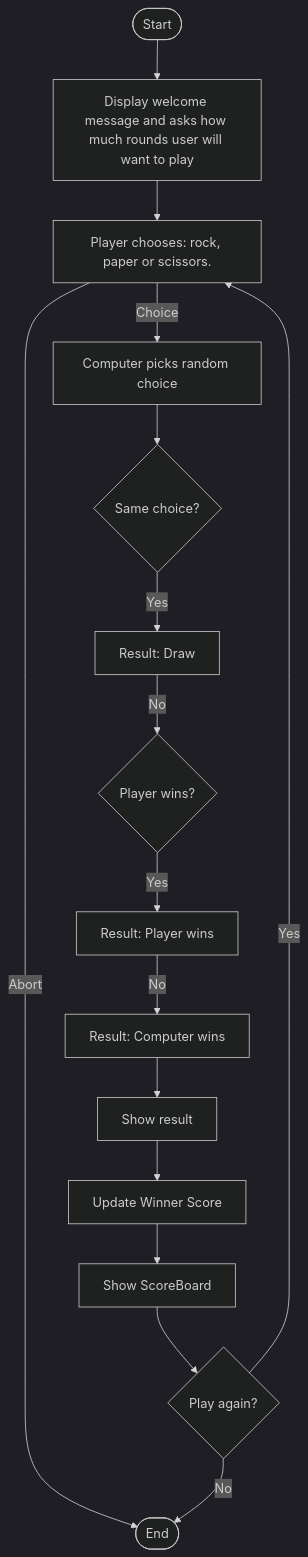
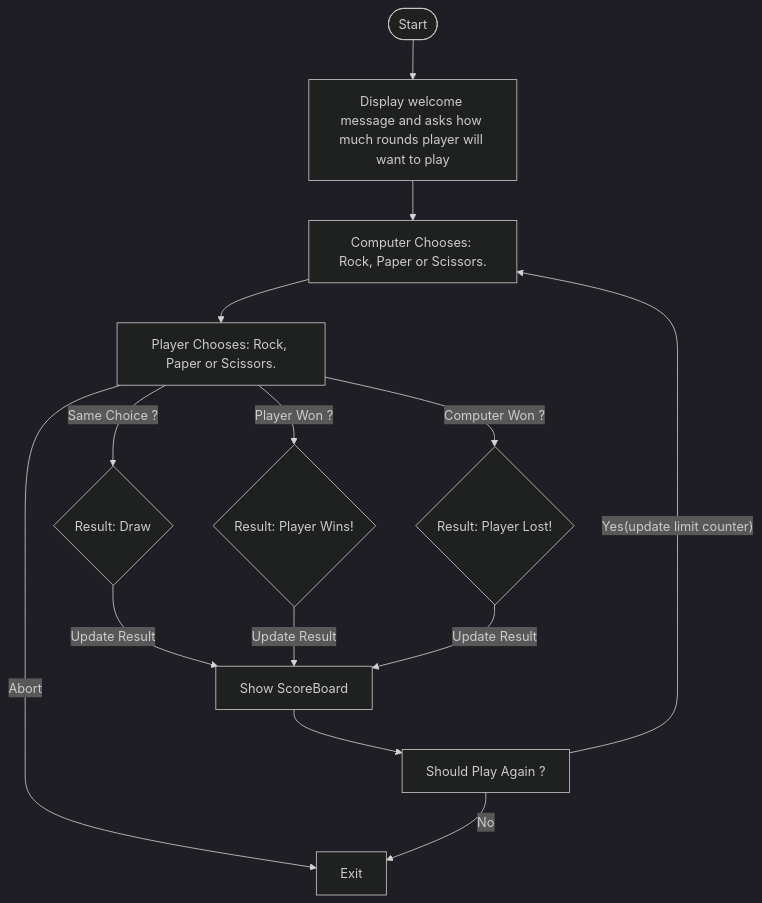
Before and after one commit to NaderHauache/RockPaperScissor: the diagram in README.md, drawn with Mermaid (dark theme). The commit also changed other lines of this file, not shown here.

Commit message:
Fixing Logical Diagram
Diagram was presenting a wrong exection logic of Rock-Paper-Scissor.
Diagram was not considering the paralelism of decision.
Representation fixed !

````diff
--- a/README.md
+++ b/README.md
@@ -50,18 +50,16 @@
 ```mermaid
 flowchart TD
-    A([Start]) --> B[Display welcome message and asks how much rounds user will want to play]
-    B --> C[Player chooses: rock, paper or scissors.]
-    C -- Choice --> D[Computer picks random choice]
-    C -- Abort --> N
-    D --> E{Same choice?}
-    E -- Yes --> F[Result: Draw]
-    F -- No --> G{Player wins?}
-    G -- Yes --> H[Result: Player wins]
-    H -- No --> I[Result: Computer wins]
-    I --> J[Show result]
-    J --> K[Update Winner Score]
-    K --> L[Show ScoreBoard]
-    L --> M{Play again?}
-    M -- Yes --> C
-    M -- No --> N([End])
+    A([Start]) --> B[Display welcome message and asks how much rounds player will want to play]
+    B --> C[Computer Chooses: Rock, Paper or Scissors.]
+    C --> D[Player Chooses: Rock, Paper or Scissors.]
+    D -- Abort --> N
+    D -- Same Choice ? --> F{Result: Draw}
+    D -- Player Won ? --> G{Result: Player Wins!}
+    D -- Computer Won ? --> H{Result: Player Lost!}
+    F -- Update Result --> I[Show ScoreBoard]
+    G -- Update Result --> I[Show ScoreBoard]
+    H -- Update Result --> I[Show ScoreBoard]
+    I --> J[Should Play Again ? ]
+    J -- Yes(update limit counter) --> C
+    J -- No --> N[Exit]
 ```
````
